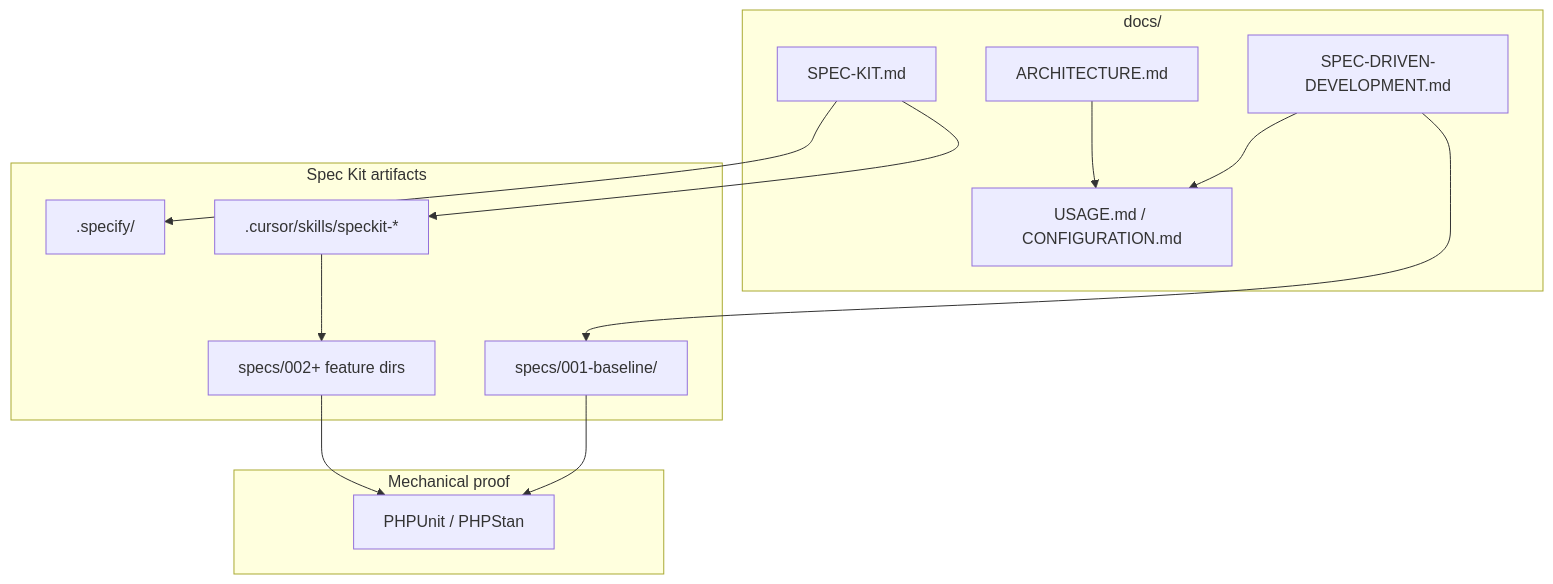
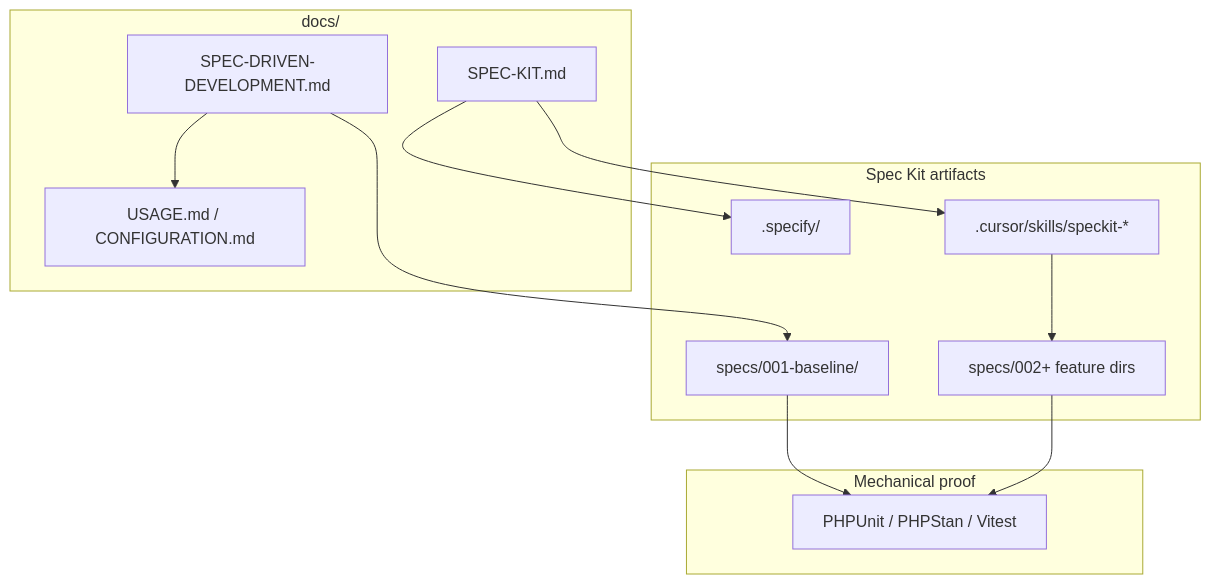
The diagram in docs/SPEC-KIT.md (nowo-tech/PageBuilderKitBundle), drawn with Mermaid before and after one commit. The commit also changed other lines of this file and 36 other files, not shown here.

````diff
--- a/docs/SPEC-KIT.md
+++ b/docs/SPEC-KIT.md
@@ -25,26 +156,24 @@
 ```mermaid
 flowchart TB
     subgraph docs [docs/]
         SDD[SPEC-DRIVEN-DEVELOPMENT.md]
         SK[SPEC-KIT.md]
-        ARCH[ARCHITECTURE.md]
         USAGE[USAGE.md / CONFIGURATION.md]
     end
     subgraph speckit [Spec Kit artifacts]
         SPECIFY[.specify/]
         SKILLS[.cursor/skills/speckit-*]
         BASE[specs/001-baseline/]
         FEAT[specs/002+ feature dirs]
     end
     subgraph proof [Mechanical proof]
-        TESTS[PHPUnit / PHPStan]
+        TESTS[PHPUnit / PHPStan / Vitest]
     end
     SK --> SPECIFY
     SK --> SKILLS
     SDD --> BASE
     SDD --> USAGE
-    ARCH --> USAGE
     BASE --> TESTS
     FEAT --> TESTS
     SKILLS --> FEAT
 ```
````
